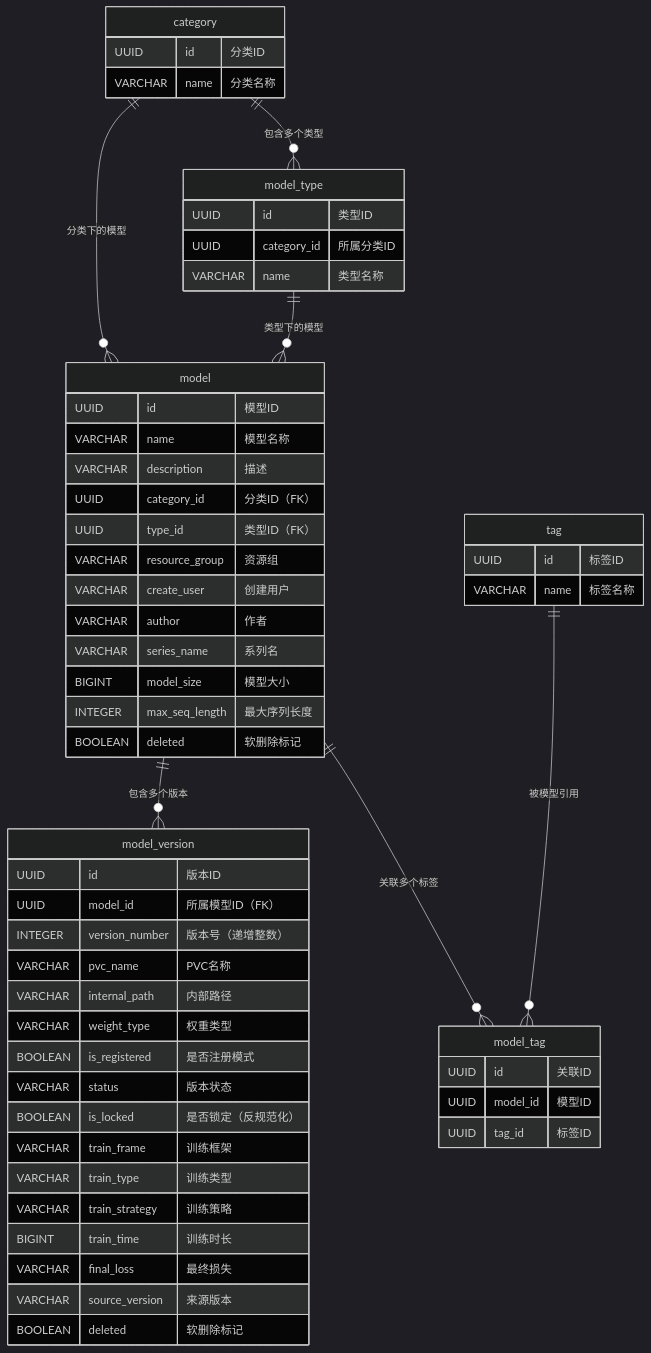
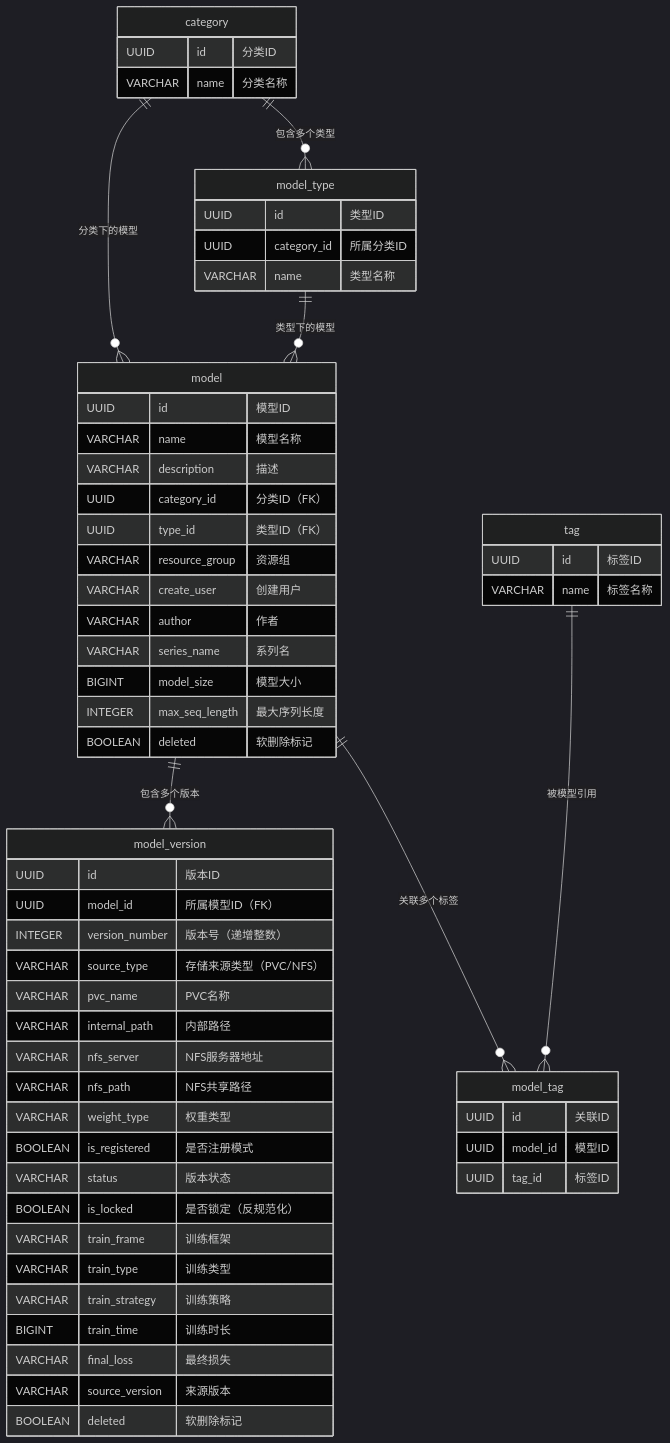
Before and after one commit to HaoruiSong622/model-lite-repository: the first of 8 diagrams in .sisyphus/drafts/feature-3-model-version-lifecycle-design.md, drawn with Mermaid (dark theme). The commit also changed other lines of this file and 1 other file, not shown here.

````diff
--- a/.sisyphus/drafts/feature-3-model-version-lifecycle-design.md
+++ b/.sisyphus/drafts/feature-3-model-version-lifecycle-design.md
@@ -101,65 +101,68 @@
 ```mermaid
 erDiagram
     model {
         UUID id "模型ID"
         VARCHAR name "模型名称"
         VARCHAR description "描述"
         UUID category_id "分类ID（FK）"
         UUID type_id "类型ID（FK）"
         VARCHAR resource_group "资源组"
         VARCHAR create_user "创建用户"
         VARCHAR author "作者"
         VARCHAR series_name "系列名"
         BIGINT model_size "模型大小"
         INTEGER max_seq_length "最大序列长度"
         BOOLEAN deleted "软删除标记"
     }
     
     model_version {
         UUID id "版本ID"
         UUID model_id "所属模型ID（FK）"
         INTEGER version_number "版本号（递增整数）"
+        VARCHAR source_type "存储来源类型（PVC/NFS）"
         VARCHAR pvc_name "PVC名称"
         VARCHAR internal_path "内部路径"
+        VARCHAR nfs_server "NFS服务器地址"
+        VARCHAR nfs_path "NFS共享路径"
         VARCHAR weight_type "权重类型"
         BOOLEAN is_registered "是否注册模式"
         VARCHAR status "版本状态"
         BOOLEAN is_locked "是否锁定（反规范化）"
         VARCHAR train_frame "训练框架"
         VARCHAR train_type "训练类型"
         VARCHAR train_strategy "训练策略"
         BIGINT train_time "训练时长"
         VARCHAR final_loss "最终损失"
         VARCHAR source_version "来源版本"
         BOOLEAN deleted "软删除标记"
     }
     
     category {
         UUID id "分类ID"
         VARCHAR name "分类名称"
     }
     
     model_type {
         UUID id "类型ID"
         UUID category_id "所属分类ID"
         VARCHAR name "类型名称"
     }
     
     tag {
         UUID id "标签ID"
         VARCHAR name "标签名称"
     }
     
     model_tag {
         UUID id "关联ID"
         UUID model_id "模型ID"
         UUID tag_id "标签ID"
     }
     
     category ||--o{ model_type : "包含多个类型"
     category ||--o{ model : "分类下的模型"
     model_type ||--o{ model : "类型下的模型"
     model ||--o{ model_version : "包含多个版本"
     model ||--o{ model_tag : "关联多个标签"
     tag ||--o{ model_tag : "被模型引用"
 ```
````
